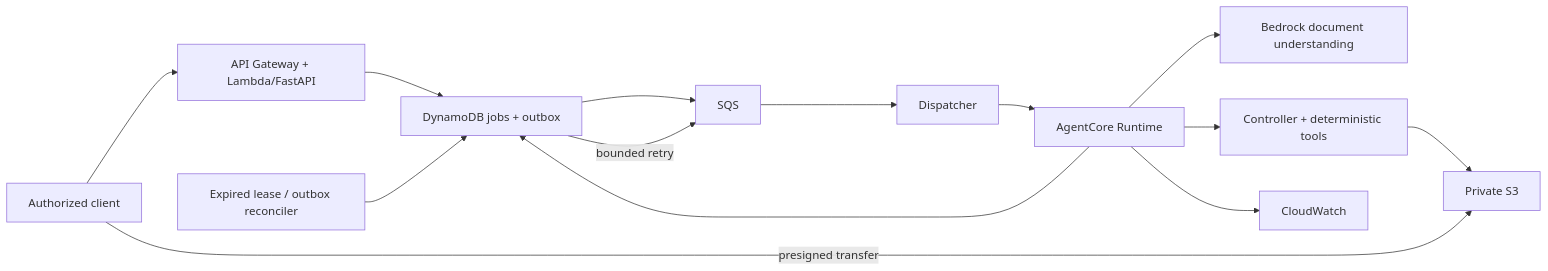
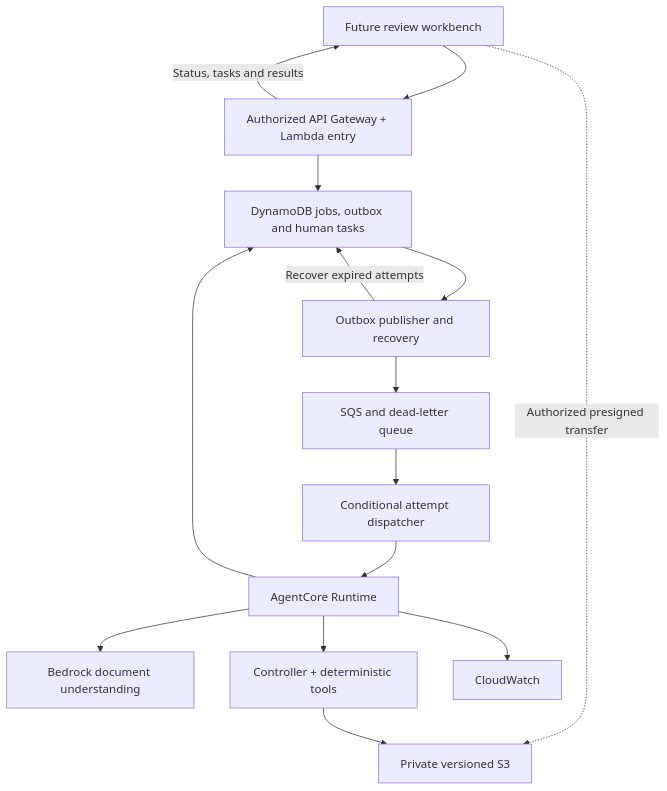
The second of 3 diagrams in docs/architecture.md (chengruchou/newtaipei-appraisal-review-ai), drawn with Mermaid before and after one commit. The commit also changed other lines of this file and 7 other files, not shown here.

Commit message:
docs: align architecture and progress with merged review core

````diff
--- a/docs/architecture.md
+++ b/docs/architecture.md
@@ -75,16 +107,17 @@
 ```mermaid
-flowchart LR
-    U["Authorized client"] --> G["API Gateway + Lambda/FastAPI"]
-    U -->|presigned transfer| S["Private S3"]
-    G --> D["DynamoDB jobs + outbox"]
-    D --> Q["SQS"]
-    Q --> L["Dispatcher"]
+flowchart TD
+    U["Future review workbench"] --> G["Authorized API Gateway + Lambda entry"]
+    U -.->|Authorized presigned transfer| S["Private versioned S3"]
+    G --> D["DynamoDB jobs, outbox and human tasks"]
+    D --> RC["Outbox publisher and recovery"]
+    RC --> Q["SQS and dead-letter queue"]
+    Q --> L["Conditional attempt dispatcher"]
     L --> A["AgentCore Runtime"]
     A --> B["Bedrock document understanding"]
     A --> C["Controller + deterministic tools"]
     C --> S
     A --> D
-    RC["Expired lease / outbox reconciler"] --> D
-    D -->|bounded retry| Q
+    RC -->|Recover expired attempts| D
+    G -->|Status, tasks and results| U
     A --> CW["CloudWatch"]
 ```
````
